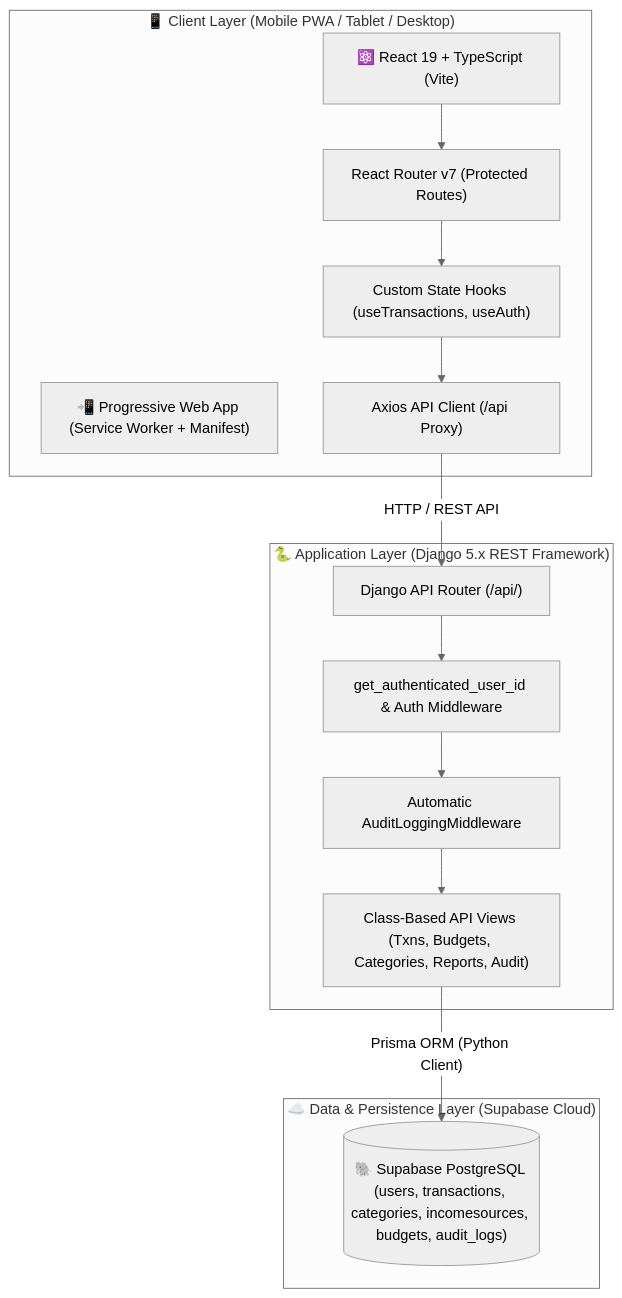
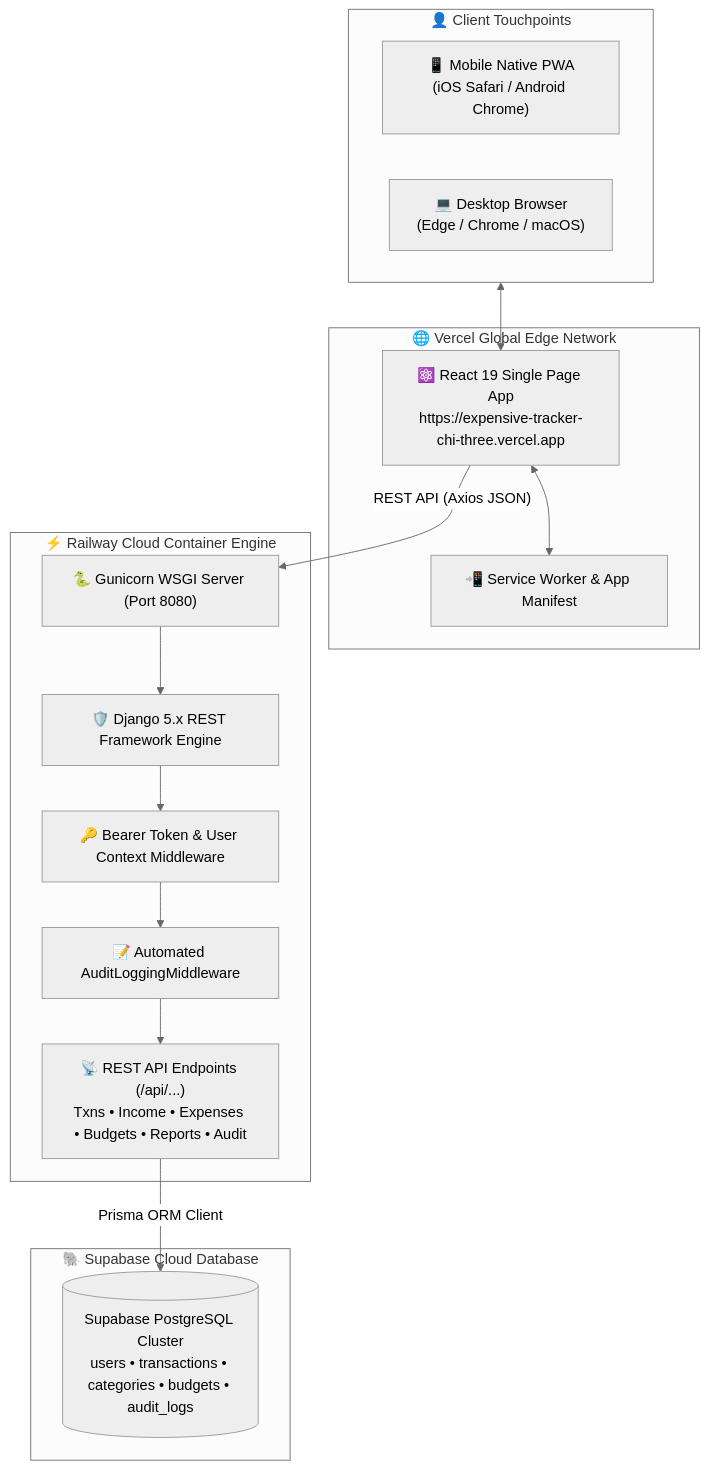
One commit to Rajan-Prasaila-Yadav/expensive-tracker changed the second of 4 diagrams in README.md. Above: the diagram before and after it, drawn with Mermaid (neutral theme). The commit also changed other lines of this file, not shown here.

Commit message:
docs: enrich README.md with live links, mermaid diagrams, and complete deployment guide

````diff
--- a/README.md
+++ b/README.md
@@ -11,26 +91,31 @@
 ```mermaid
-graph TD
-    subgraph Client ["📱 Client Layer (Mobile PWA / Tablet / Desktop)"]
-        React["⚛️ React 19 + TypeScript (Vite)"]
-        PWA["📲 Progressive Web App (Service Worker + Manifest)"]
-        Router["React Router v7 (Protected Routes)"]
-        Store["Custom State Hooks (useTransactions, useAuth)"]
-        Axios["Axios API Client (/api Proxy)"]
+flowchart TB
+    subgraph Users ["👤 Client Touchpoints"]
+        Mobile["📱 Mobile Native PWA<br/>(iOS Safari / Android Chrome)"]
+        Desktop["💻 Desktop Browser<br/>(Edge / Chrome / macOS)"]
     end
 
-    subgraph Backend ["🐍 Application Layer (Django 5.x REST Framework)"]
-        API["Django API Router (/api/)"]
-        AuthMid["get_authenticated_user_id & Auth Middleware"]
-        AuditMid["Automatic AuditLoggingMiddleware"]
-        Views["Class-Based API Views (Txns, Budgets, Categories, Reports, Audit)"]
+    subgraph CDN ["🌐 Vercel Global Edge Network"]
+        VercelFrontend["⚛️ React 19 Single Page App<br/>https://expensive-tracker-chi-three.vercel.app"]
+        PWAEngine["📲 Service Worker & App Manifest"]
     end
 
-    subgraph Cloud ["☁️ Data & Persistence Layer (Supabase Cloud)"]
-        Postgres[("🐘 Supabase PostgreSQL (users, transactions, categories, incomesources, budgets, audit_logs)")]
+    subgraph BackendCloud ["⚡ Railway Cloud Container Engine"]
+        Gunicorn["🐍 Gunicorn WSGI Server (Port 8080)"]
+        DjangoCore["🛡️ Django 5.x REST Framework Engine"]
+        AuditMW["📝 Automated AuditLoggingMiddleware"]
+        AuthMW["🔑 Bearer Token & User Context Middleware"]
+        APIEndpoints["📡 REST API Endpoints (/api/...)<br/>Txns • Income • Expenses • Budgets • Reports • Audit"]
     end
 
-    React --> Router --> Store --> Axios
-    Axios -- "HTTP / REST API" --> API
-    API --> AuthMid --> AuditMid --> Views
-    Views -- "Prisma ORM (Python Client)" --> Postgres
+    subgraph DatabaseCloud ["🐘 Supabase Cloud Database"]
+        PostgresDB[("Supabase PostgreSQL Cluster<br/>users • transactions • categories • budgets • audit_logs")]
+    end
+
+    Users <--> VercelFrontend
+    VercelFrontend <--> PWAEngine
+    VercelFrontend -- "REST API (Axios JSON)" --> Gunicorn
+    Gunicorn --> DjangoCore
+    DjangoCore --> AuthMW --> AuditMW --> APIEndpoints
+    APIEndpoints -- "Prisma ORM Client" --> PostgresDB
 ```
````
